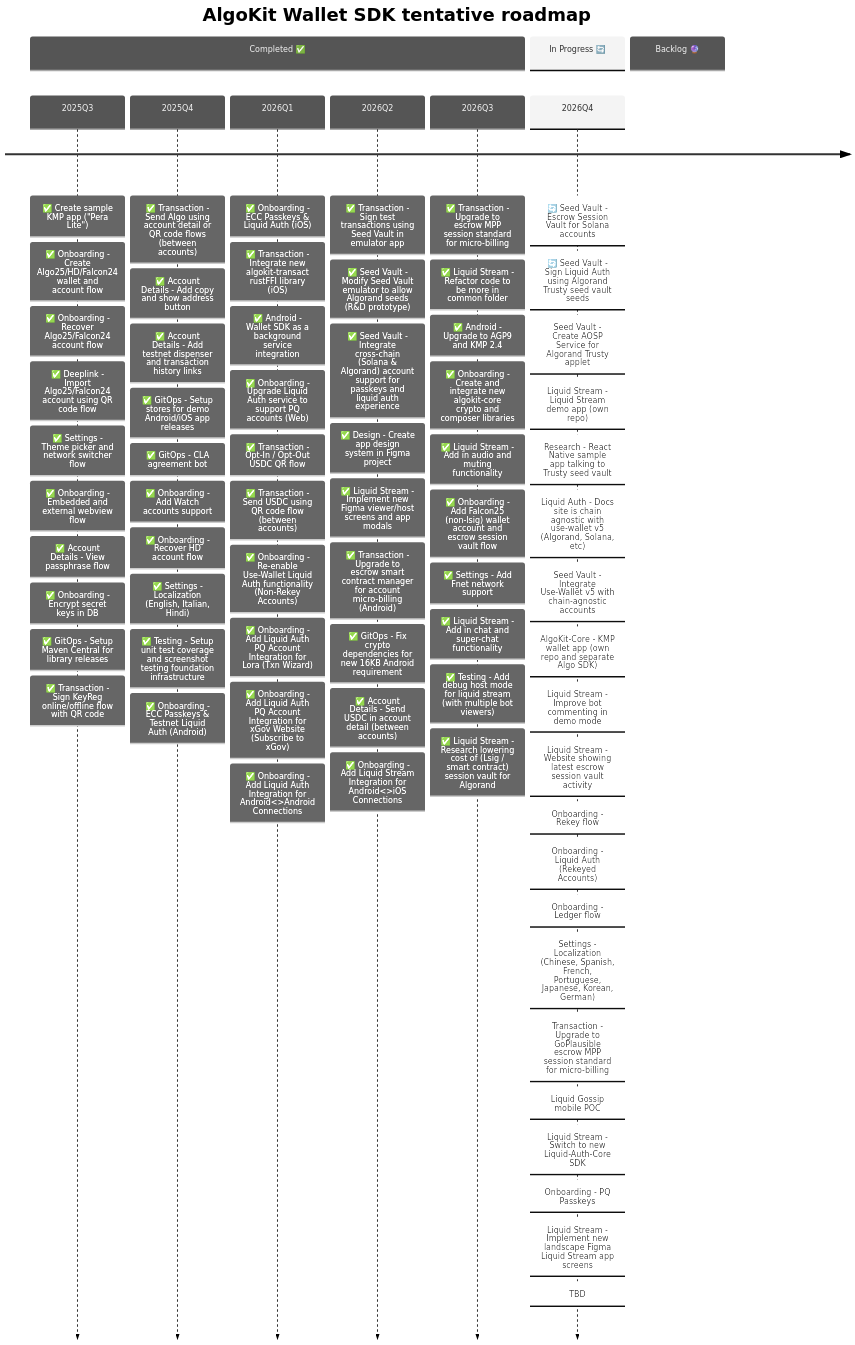
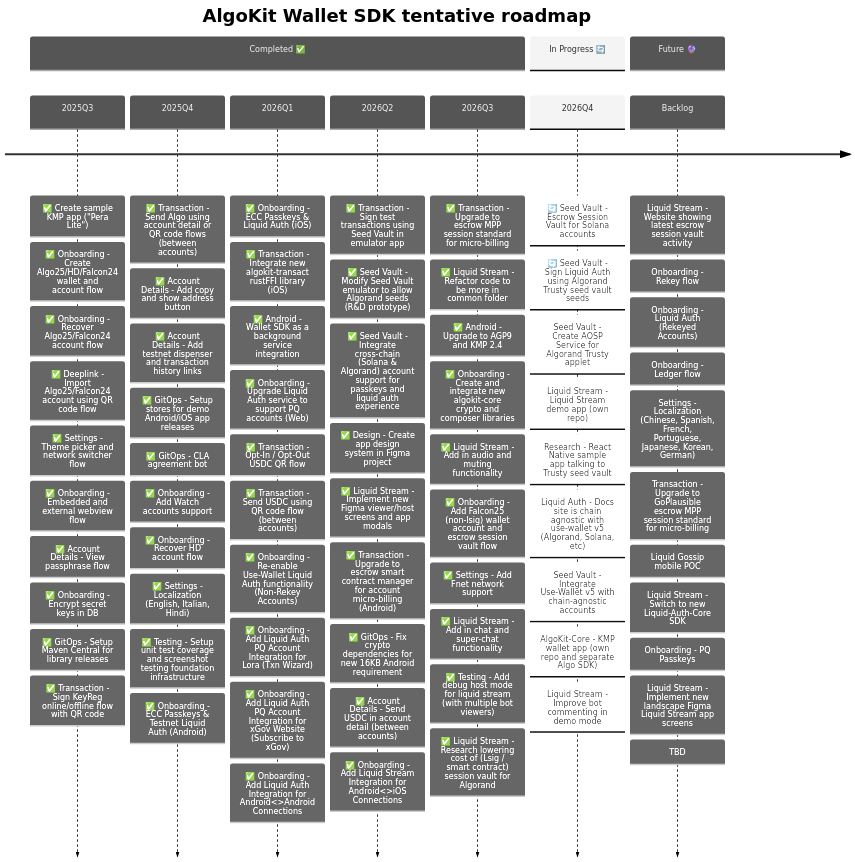
The second of 3 diagrams in README.md (michaeltchuangllc/algokit-walletsdk-kmp), drawn with Mermaid before and after one commit.

Commit message:
docs: fix roadmap again

````diff
--- a/README.md
+++ b/README.md
@@ -141,17 +141,17 @@
              : AlgoKit-Core - KMP wallet app (own repo and separate Algo SDK)
              : Liquid Stream - Improve bot commenting in demo mode
 
-    section Backlog 🔮
-            : Liquid Stream - Website showing latest escrow session vault activity
-            : Onboarding - Rekey flow
-            : Onboarding - Liquid Auth (Rekeyed Accounts)
-            : Onboarding - Ledger flow
-            : Settings - Localization (Chinese, Spanish, French, Portuguese, Japanese, Korean, German)
-            : Transaction - Upgrade to GoPlausible escrow MPP session standard for micro-billing
-            : Liquid Gossip mobile POC
-            : Liquid Stream - Switch to new Liquid-Auth-Core SDK
-            : Onboarding - PQ Passkeys
-            : Liquid Stream - Implement new landscape Figma Liquid Stream app screens
-            : TBD
+    section Future 🔮
+    Backlog  : Liquid Stream - Website showing latest escrow session vault activity
+             : Onboarding - Rekey flow
+             : Onboarding - Liquid Auth (Rekeyed Accounts)
+             : Onboarding - Ledger flow
+             : Settings - Localization (Chinese, Spanish, French, Portuguese, Japanese, Korean, German)
+             : Transaction - Upgrade to GoPlausible escrow MPP session standard for micro-billing
+             : Liquid Gossip mobile POC
+             : Liquid Stream - Switch to new Liquid-Auth-Core SDK
+             : Onboarding - PQ Passkeys
+             : Liquid Stream - Implement new landscape Figma Liquid Stream app screens
+             : TBD
 
 ```
````
